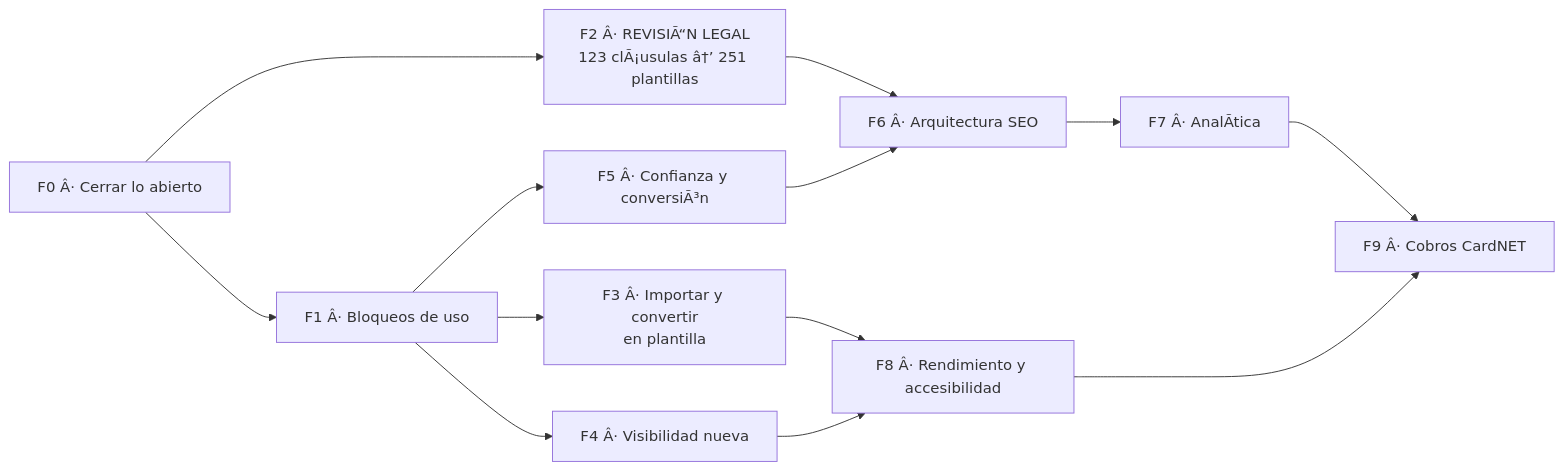
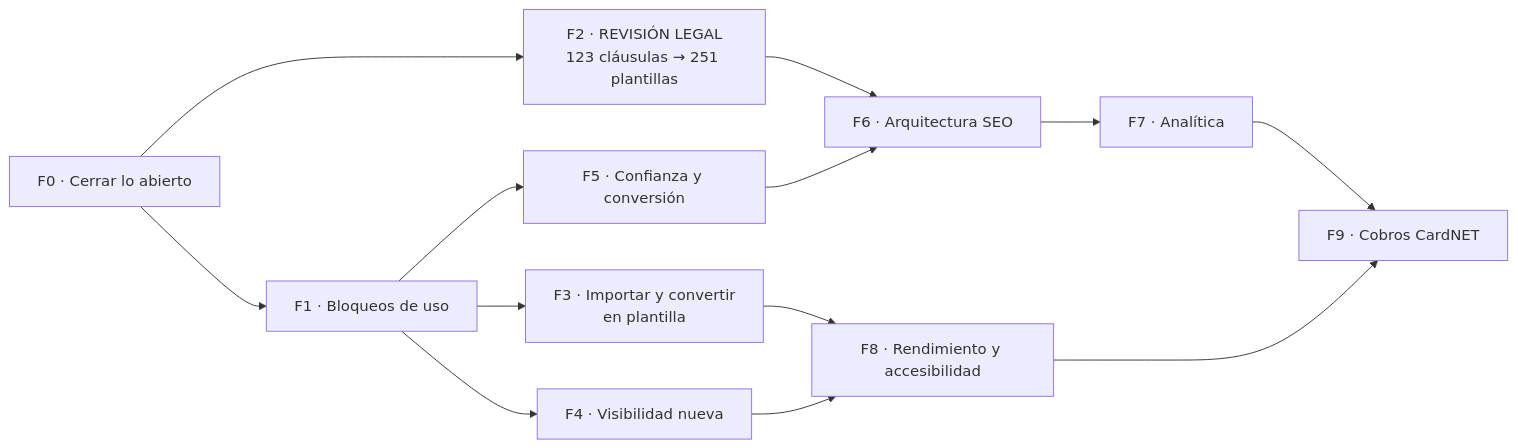
The diagram in docs/planificacion/12-PLAN-FINAL.md (ElianaSalinas/CreadorDePlantillasLegales), drawn with Mermaid before and after one commit. The commit also changed other lines of this file and 11 other files, not shown here.

````diff
--- a/docs/planificacion/12-PLAN-FINAL.md
+++ b/docs/planificacion/12-PLAN-FINAL.md
@@ -18,15 +18,15 @@
 ```mermaid
 flowchart LR
-  F0["F0 Â· Cerrar lo abierto"] --> F1["F1 Â· Bloqueos de uso"]
-  F0 --> F2["F2 Â· REVISIÃ“N LEGAL<br/>123 clÃ¡usulas â†’ 251 plantillas"]
-  F1 --> F3["F3 Â· Importar y convertir<br/>en plantilla"]
-  F1 --> F4["F4 Â· Visibilidad nueva"]
-  F1 --> F5["F5 Â· Confianza y conversiÃ³n"]
-  F2 --> F6["F6 Â· Arquitectura SEO"]
+  F0["F0 · Cerrar lo abierto"] --> F1["F1 · Bloqueos de uso"]
+  F0 --> F2["F2 · REVISIÓN LEGAL<br/>123 cláusulas → 251 plantillas"]
+  F1 --> F3["F3 · Importar y convertir<br/>en plantilla"]
+  F1 --> F4["F4 · Visibilidad nueva"]
+  F1 --> F5["F5 · Confianza y conversión"]
+  F2 --> F6["F6 · Arquitectura SEO"]
   F5 --> F6
-  F6 --> F7["F7 Â· AnalÃ­tica"]
-  F3 --> F8["F8 Â· Rendimiento y accesibilidad"]
+  F6 --> F7["F7 · Analítica"]
+  F3 --> F8["F8 · Rendimiento y accesibilidad"]
   F4 --> F8
-  F7 --> F9["F9 Â· Cobros CardNET"]
+  F7 --> F9["F9 · Cobros CardNET"]
   F8 --> F9
 ```
````
